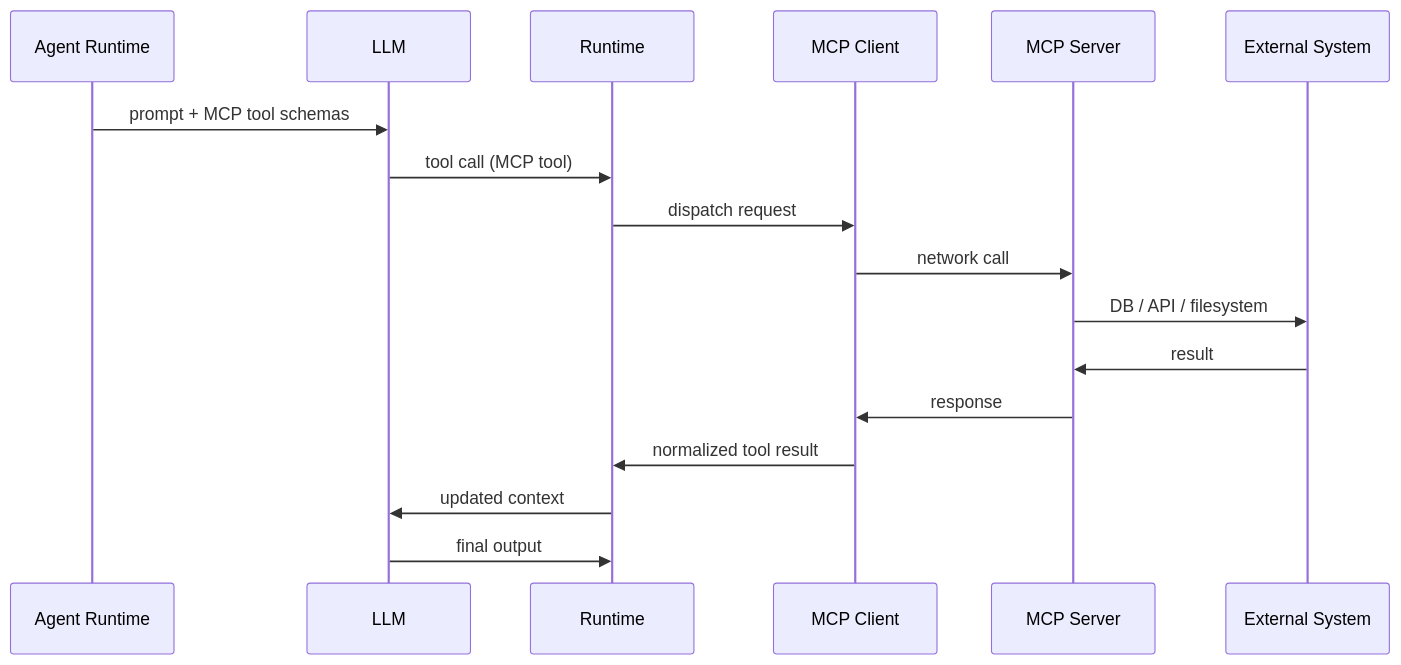
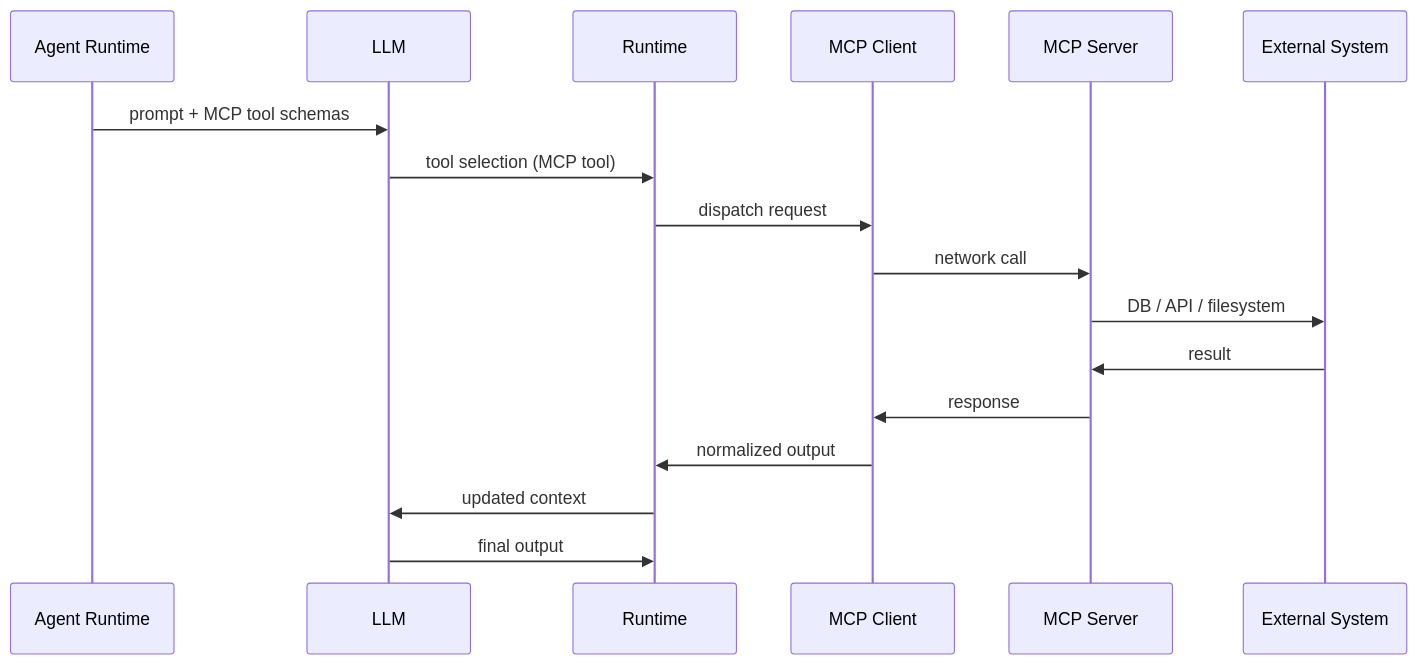
Before and after one commit to seanwhs/Introduction-to-OpenRouter-Agents-SDK-in-TypeScript: the third of 5 diagrams in docs/MCP-Servers.md, drawn with Mermaid. The commit also changed other lines of this file and 3 other files, not shown here.

````diff
--- a/docs/MCP-Servers.md
+++ b/docs/MCP-Servers.md
@@ -111,13 +132,13 @@
 ```mermaid
 sequenceDiagram
 Agent Runtime->>LLM: prompt + MCP tool schemas
-LLM->>Runtime: tool call (MCP tool)
+LLM->>Runtime: tool selection (MCP tool)
 Runtime->>MCP Client: dispatch request
 MCP Client->>MCP Server: network call
 MCP Server->>External System: DB / API / filesystem
 External System->>MCP Server: result
 MCP Server->>MCP Client: response
-MCP Client->>Runtime: normalized tool result
+MCP Client->>Runtime: normalized output
 Runtime->>LLM: updated context
 LLM->>Runtime: final output
 ```
````
